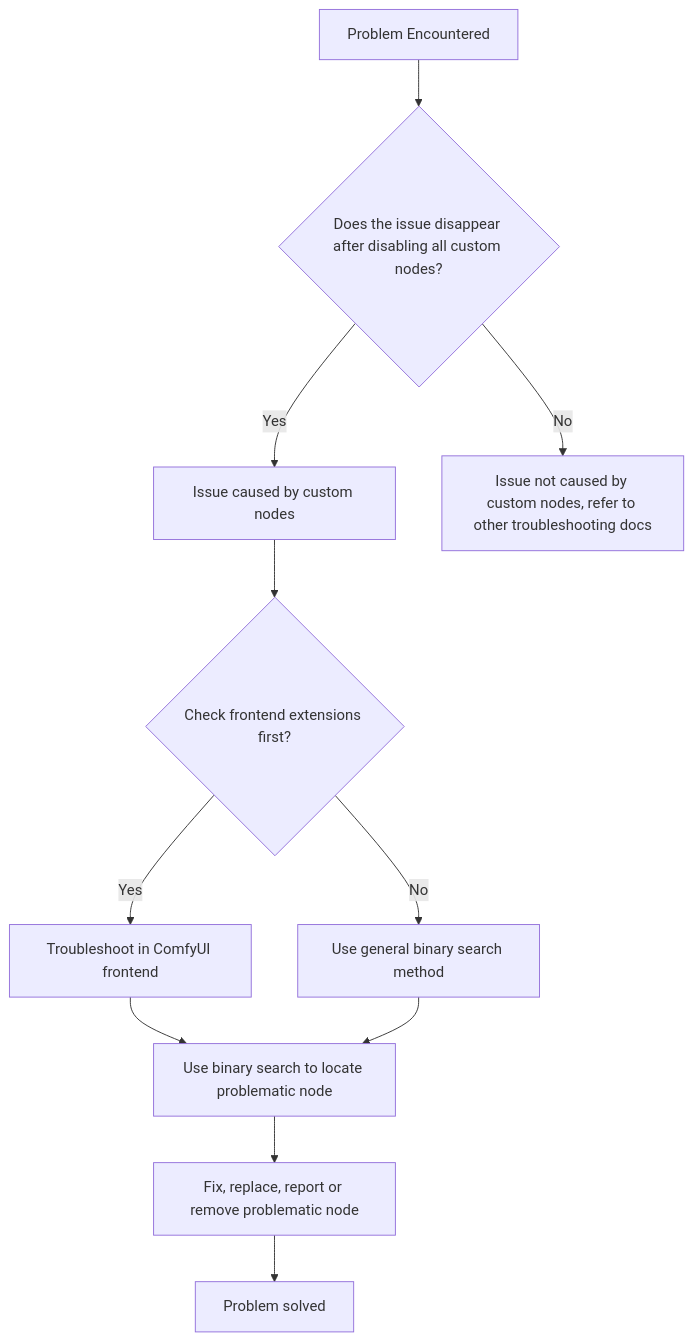
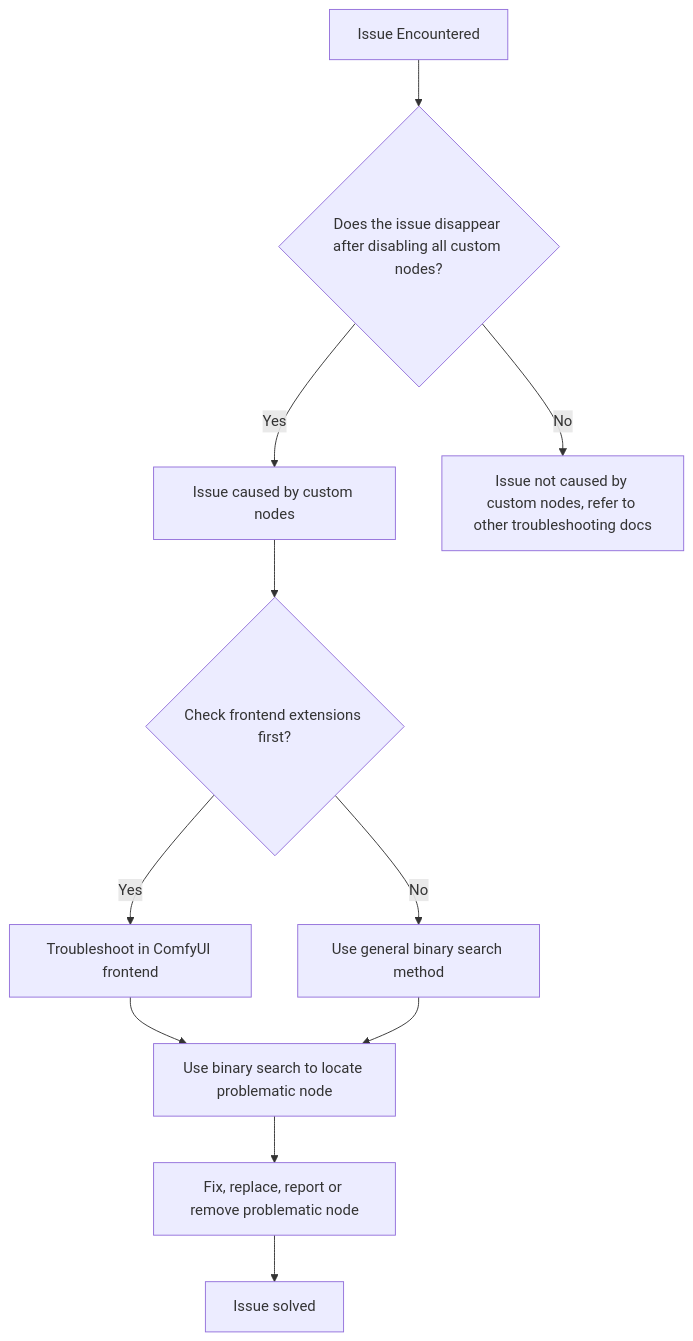
The first of 2 diagrams in troubleshooting/custom-node-issues.mdx (Comfy-Org/docs), drawn with Mermaid before and after one commit. The commit also changed other lines of this file and 1 other file, not shown here.

````diff
--- a/troubleshooting/custom-node-issues.mdx
+++ b/troubleshooting/custom-node-issues.mdx
@@ -11,13 +11,13 @@
  ```mermaid
  flowchart TD
-    A[Problem Encountered] --> B{Does the issue disappear after disabling all custom nodes?}
+    A[Issue Encountered] --> B{Does the issue disappear after disabling all custom nodes?}
     B -- Yes --> C[Issue caused by custom nodes]
     B -- No --> D[Issue not caused by custom nodes, refer to other troubleshooting docs]
     C --> E{Check frontend extensions first?}
     E -- Yes --> F[Troubleshoot in ComfyUI frontend]
     E -- No --> G[Use general binary search method]
     F --> H[Use binary search to locate problematic node]
     G --> H
     H --> I[Fix, replace, report or remove problematic node]
-    I --> J[Problem solved]
+    I --> J[Issue solved]
 ```
````
